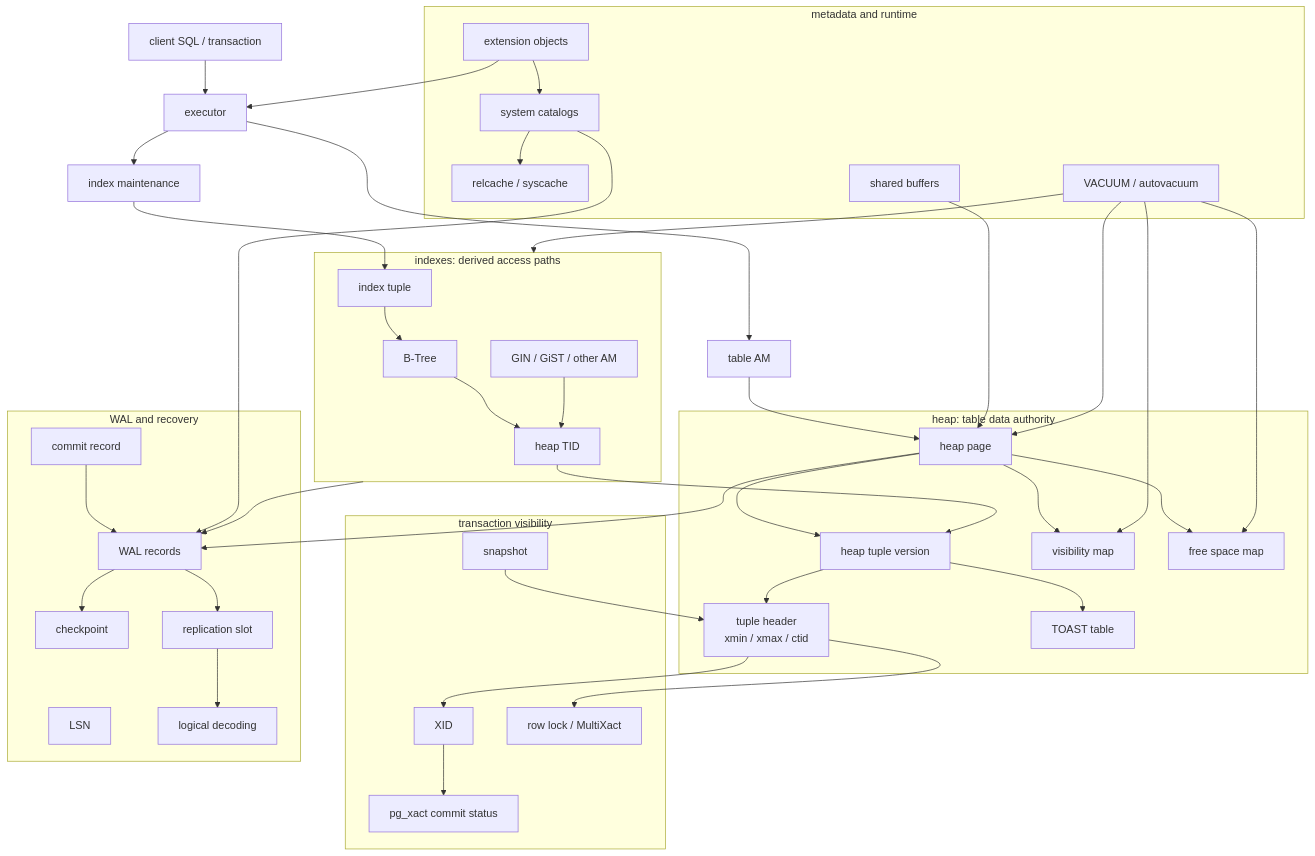
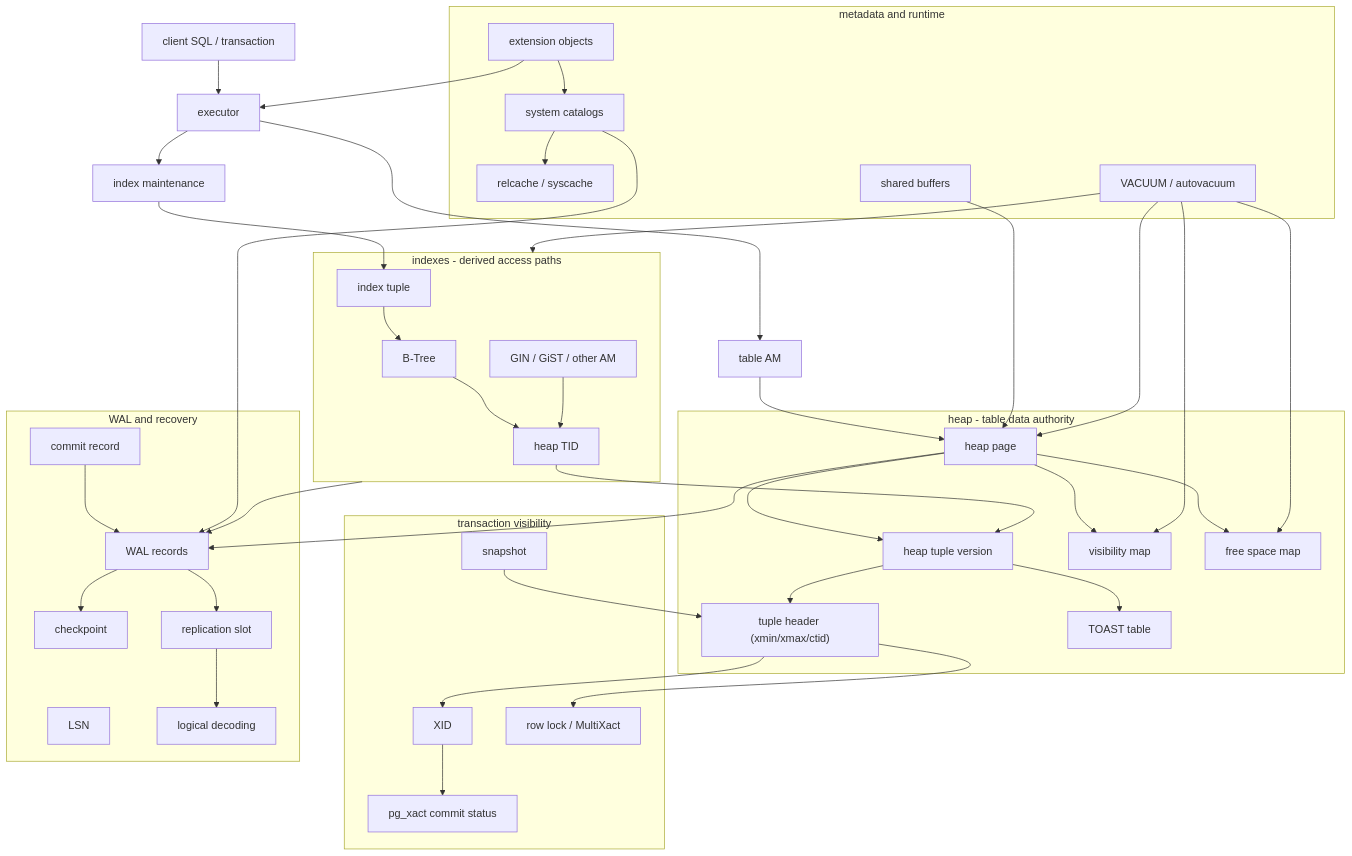
Before and after one commit to Dog-Du/Dog-Du.github.io: the first of 16 diagrams in content/posts/learning-database-industry-day011-2026-06-10-postgresql-oltp-storage.md, drawn with Mermaid. The commit also changed other lines of this file and 2 other files, not shown here.

````diff
--- a/content/posts/learning-database-industry-day011-2026-06-10-postgresql-oltp-storage.md
+++ b/content/posts/learning-database-industry-day011-2026-06-10-postgresql-oltp-storage.md
@@ -109,72 +109,72 @@
 ```mermaid
 flowchart TB
     SQL[client SQL / transaction] --> Exec[executor]
     Exec --> TableAM[table AM]
     Exec --> IndexMaint[index maintenance]
 
-    subgraph Heap["heap: table data authority"]
+    subgraph Heap["heap - table data authority"]
         HPage[heap page]
         HTuple[heap tuple version]
-        Header[tuple header<br/>xmin / xmax / ctid]
-        VM[visibility map]
-        FSM[free space map]
+        Header["tuple header (xmin/xmax/ctid)"]
+        VM["visibility map"]
+        FSM["free space map"]
         Toast[TOAST table]
     end
 
-    subgraph Indexes["indexes: derived access paths"]
+    subgraph Indexes["indexes - derived access paths"]
         BT[B-Tree]
         GIN[GIN / GiST / other AM]
         ITuple[index tuple]
         HTID[heap TID]
     end
 
     subgraph Txn["transaction visibility"]
         XID[XID]
         Snap[snapshot]
         XactStatus[pg_xact commit status]
         Locks[row lock / MultiXact]
     end
 
     subgraph Log["WAL and recovery"]
         WAL[WAL records]
         LSN[LSN]
         Commit[commit record]
         Ckpt[checkpoint]
         Slot[replication slot]
         Decode[logical decoding]
     end
 
     subgraph Meta["metadata and runtime"]
         Catalog[system catalogs]
         Cache[relcache / syscache]
         Buffers[shared buffers]
         Vacuum[VACUUM / autovacuum]
         Ext[extension objects]
     end
 
     TableAM --> HPage --> HTuple --> Header
     HPage --> VM
-    HPage --> FSM
+    HPage --> FSM["free space map"]
     HTuple --> Toast
     IndexMaint --> ITuple --> BT
     BT --> HTID --> HTuple
     GIN --> HTID
     Header --> XID
     XID --> XactStatus
     Snap --> Header
     Header --> Locks
     HPage --> WAL
     Indexes --> WAL
     Commit --> WAL
     WAL --> Ckpt
     WAL --> Slot --> Decode
     Catalog --> Cache
     Catalog --> WAL
     Ext --> Catalog
     Ext --> Exec
     Buffers --> HPage
     Vacuum --> HPage
     Vacuum --> Indexes
     Vacuum --> VM
-    Vacuum --> FSM
+    Vacuum --> FSM["free space map"]
 ```
````
